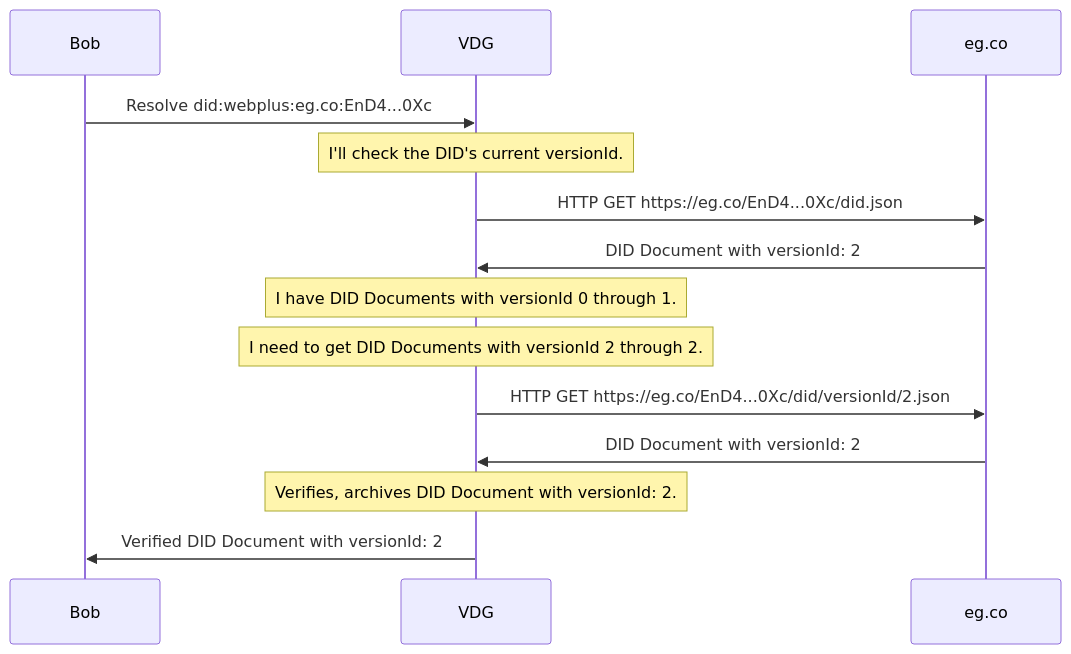
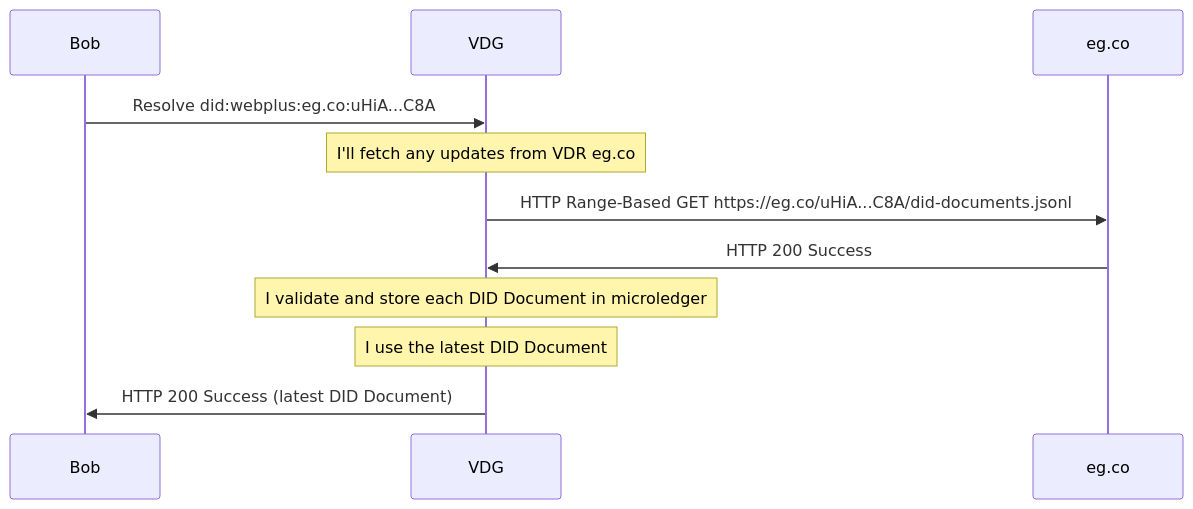
Diagram 12 of 26 in spec.md (LedgerDomain/did-webplus-spec), drawn with Mermaid before and after one commit. The commit also changed other lines of this file and 3 other files, not shown here.

````diff
--- a/spec.md
+++ b/spec.md
@@ -555,13 +497,10 @@
 ```mermaid
 sequenceDiagram
-    Bob->>VDG: Resolve did:webplus:eg.co:EnD4...0Xc
-    Note over VDG: I'll check the DID's current versionId.
-    VDG->>eg.co: HTTP GET https://eg.co/EnD4...0Xc/did.json
-    eg.co->>VDG: DID Document with versionId: 2
-    Note over VDG: I have DID Documents with versionId 0 through 1.
-    Note over VDG: I need to get DID Documents with versionId 2 through 2.
-    VDG->>eg.co: HTTP GET https://eg.co/EnD4...0Xc/did/versionId/2.json
-    eg.co->>VDG: DID Document with versionId: 2
-    Note over VDG: Verifies, archives DID Document with versionId: 2.
-    VDG->>Bob: Verified DID Document with versionId: 2
+    Bob->>VDG: Resolve did:webplus:eg.co:uHiA...C8A
+    Note over VDG: I'll fetch any updates from VDR eg.co
+    VDG->>eg.co: HTTP Range-Based GET https://eg.co/uHiA...C8A/did-documents.jsonl
+    eg.co->>VDG: HTTP 200 Success
+    Note over VDG: I validate and store each DID Document in microledger
+    Note over VDG: I use the latest DID Document
+    VDG->>Bob: HTTP 200 Success (latest DID Document)
 ```
````
